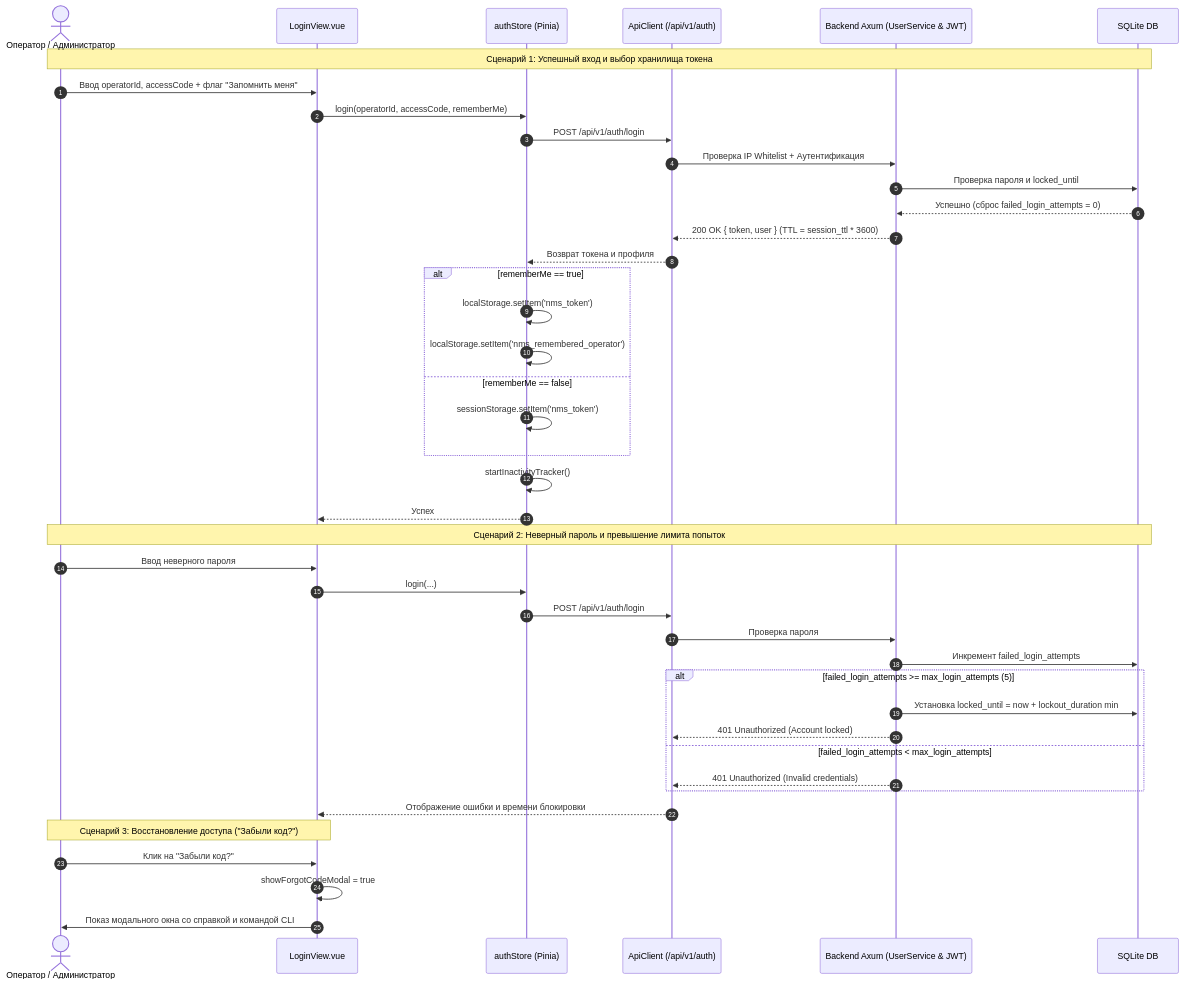
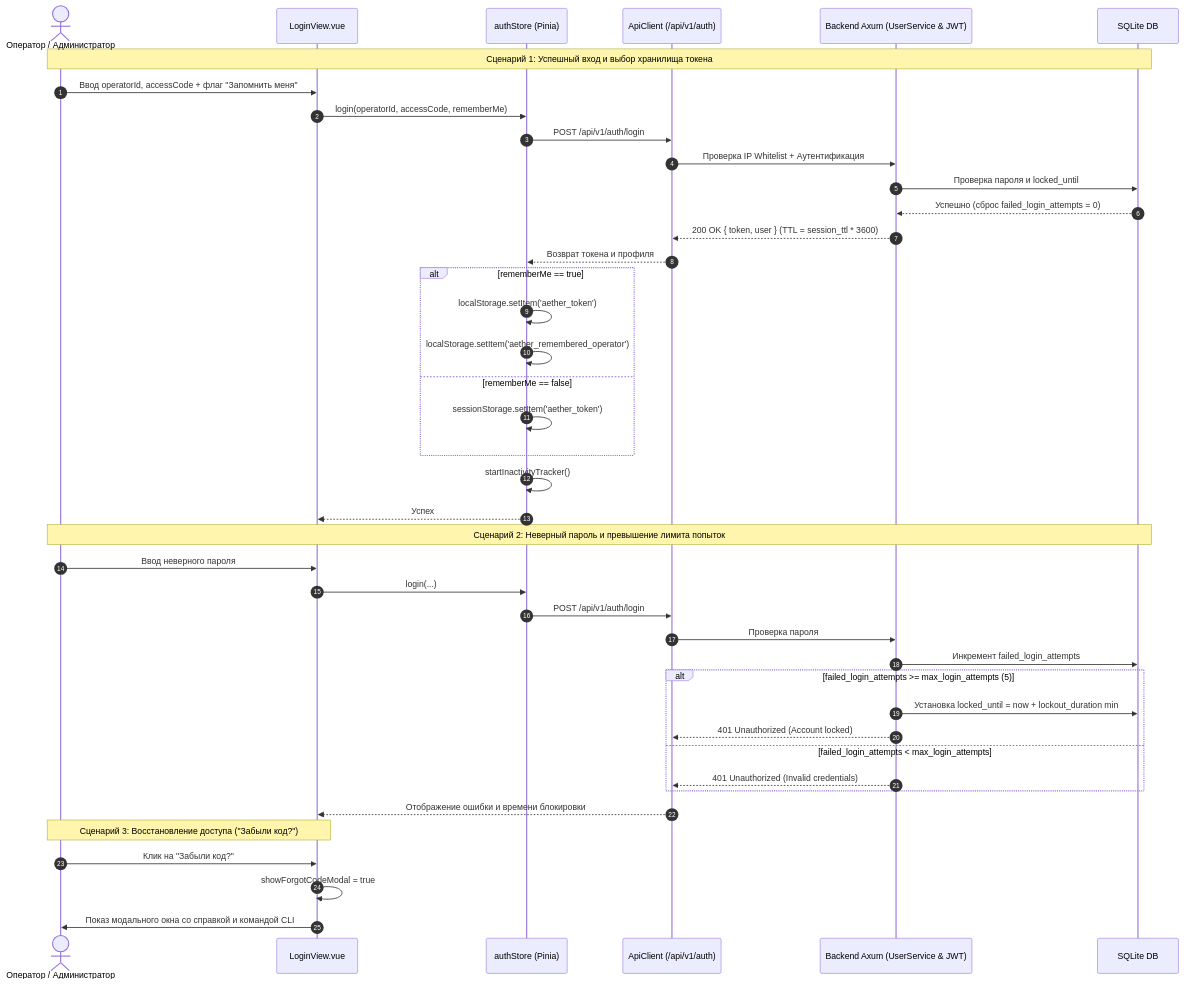
One commit to Apofixc/AetherCore changed the second of 5 diagrams in docs/architecture/FrontendArchitecture.md. Above: the diagram before and after it, drawn with Mermaid. The commit also changed other lines of this file and 37 other files, not shown here.

Commit message:
refactor: remove legacy nms_ prefix from storage keys and documentation throughout the codebase

````diff
--- a/docs/architecture/FrontendArchitecture.md
+++ b/docs/architecture/FrontendArchitecture.md
@@ -47,50 +47,50 @@
 ```mermaid
 sequenceDiagram
     autonumber
     actor User as Оператор / Администратор
     participant UI as LoginView.vue
     participant Store as authStore (Pinia)
     participant API as ApiClient (/api/v1/auth)
     participant Core as Backend Axum (UserService & JWT)
     participant DB as SQLite DB
 
     %% Сценарий 1: Обычный вход / Запомнить меня
     Note over User, DB: Сценарий 1: Успешный вход и выбор хранилища токена
     User->>UI: Ввод operatorId, accessCode + флаг "Запомнить меня"
     UI->>Store: login(operatorId, accessCode, rememberMe)
     Store->>API: POST /api/v1/auth/login
     API->>Core: Проверка IP Whitelist + Аутентификация
     Core->>DB: Проверка пароля и locked_until
     DB-->>Core: Успешно (сброс failed_login_attempts = 0)
     Core-->>API: 200 OK { token, user } (TTL = session_ttl * 3600)
     API-->>Store: Возврат токена и профиля
     alt rememberMe == true
-        Store->>Store: localStorage.setItem('nms_token')
-        Store->>Store: localStorage.setItem('nms_remembered_operator')
+        Store->>Store: localStorage.setItem('aether_token')
+        Store->>Store: localStorage.setItem('aether_remembered_operator')
     else rememberMe == false
-        Store->>Store: sessionStorage.setItem('nms_token')
+        Store->>Store: sessionStorage.setItem('aether_token')
     end
     Store->>Store: startInactivityTracker()
     Store-->>UI: Успех
 
     %% Сценарий 2: Ошибка и Блокировка (Lockout)
     Note over User, DB: Сценарий 2: Неверный пароль и превышение лимита попыток
     User->>UI: Ввод неверного пароля
     UI->>Store: login(...)
     Store->>API: POST /api/v1/auth/login
     API->>Core: Проверка пароля
     Core->>DB: Инкремент failed_login_attempts
     alt failed_login_attempts >= max_login_attempts (5)
         Core->>DB: Установка locked_until = now + lockout_duration min
         Core-->>API: 401 Unauthorized (Account locked)
     else failed_login_attempts < max_login_attempts
         Core-->>API: 401 Unauthorized (Invalid credentials)
     end
     API-->>UI: Отображение ошибки и времени блокировки
 
     %% Сценарий 3: Забыли код?
     Note over User, UI: Сценарий 3: Восстановление доступа ("Забыли код?")
     User->>UI: Клик на "Забыли код?"
     UI->>UI: showForgotCodeModal = true
     UI->>User: Показ модального окна со справкой и командой CLI
 ```
````
